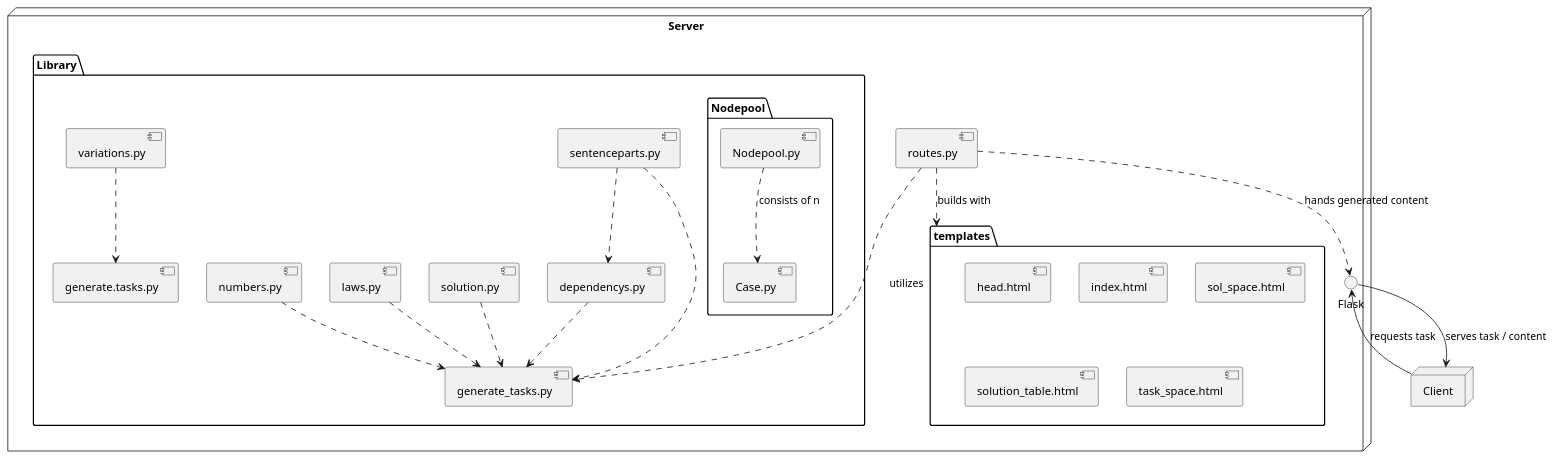
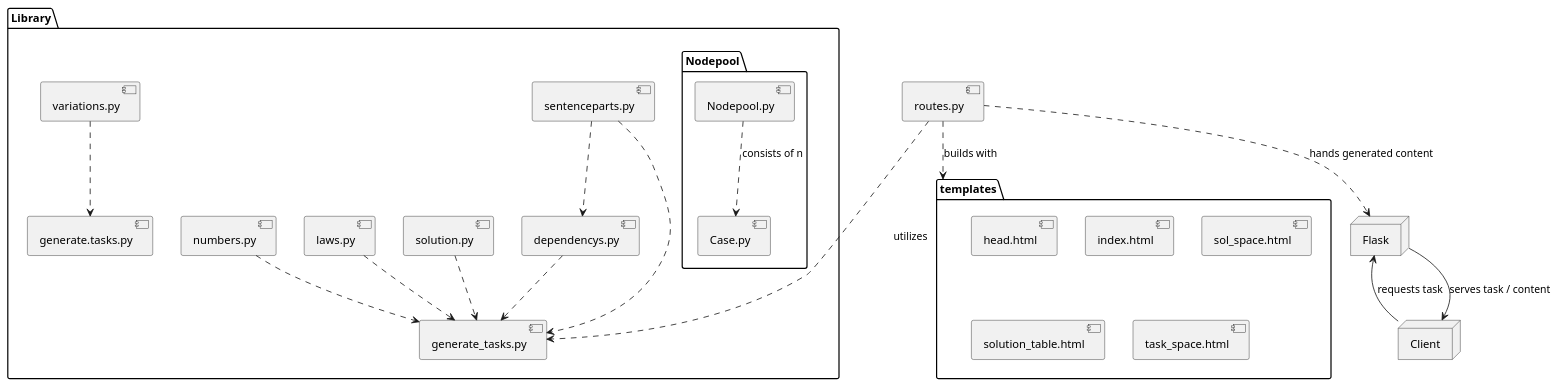
One commit to EdLaser/aladin-rdk changed the diagram in bericht/7-Woche/components.puml. Above: the diagram before and after it, drawn with PlantUML.

Commit message:
changed server node

```diff
--- a/bericht/7-Woche/components.puml
+++ b/bericht/7-Woche/components.puml
@@ -1,39 +1,39 @@
 @startuml Components
-node "Server" {
-
-  package "Library" {
-    package "Nodepool" {
-      [Nodepool.py] ..> [Case.py] : consists of n
-    }
-
-    [dependencys.py] ..> [generate_tasks.py]
-    [laws.py] ..> [generate_tasks.py]
-    [numbers.py] ..> [generate_tasks.py]
-    [sentenceparts.py] ..> [generate_tasks.py]
-    [sentenceparts.py] ..> [dependencys.py]
-    [solution.py] ..> [generate_tasks.py]
-    [variations.py] ..> [generate.tasks.py]
+package "Library" {
+  package "Nodepool" {
+    [Nodepool.py] ..> [Case.py] : consists of n
   }
 
-  package "templates" {
-    [head.html]
-    [index.html]
-    [sol_space.html]
-    [solution_table.html]
-    [task_space.html]
-  }
-
-  [routes.py] ..> [generate_tasks.py] : utilizes
-  [routes.py] ..> Flask : hands generated content
-  [routes.py] ..> templates : builds with
-
-  Library -[hidden]d-> templates
+  [dependencys.py] ..> [generate_tasks.py]
+  [laws.py] ..> [generate_tasks.py]
+  [numbers.py] ..> [generate_tasks.py]
+  [sentenceparts.py] ..> [generate_tasks.py]
+  [sentenceparts.py] ..> [dependencys.py]
+  [solution.py] ..> [generate_tasks.py]
+  [variations.py] ..> [generate.tasks.py]
 }
 
+package "templates" {
+  [head.html]
+  [index.html]
+  [sol_space.html]
+  [solution_table.html]
+  [task_space.html]
+}
+
+[routes.py] ..> [generate_tasks.py] : utilizes
+[routes.py] ..> Flask : hands generated content
+[routes.py] ..> templates : builds with
+
+Library -[hidden]d-> templates
+
+node "Flask" {
+  
+}
 node "Client" {
 
 }
 
 Client -up-> Flask : requests task
 Flask -down-> Client : serves task / content
 @enduml
```
